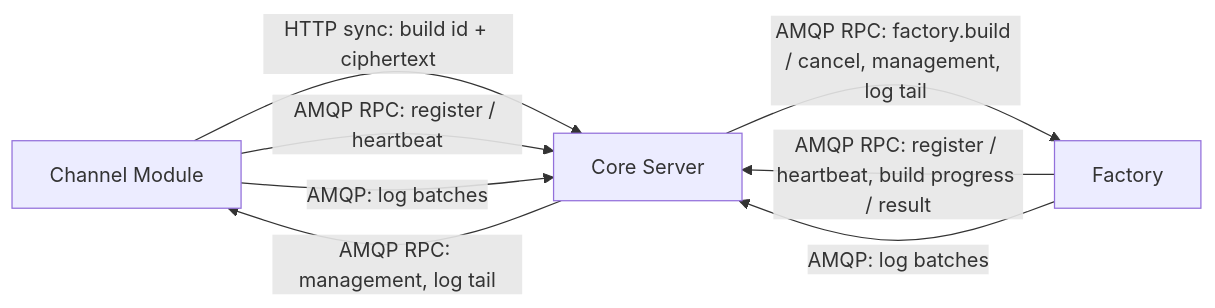
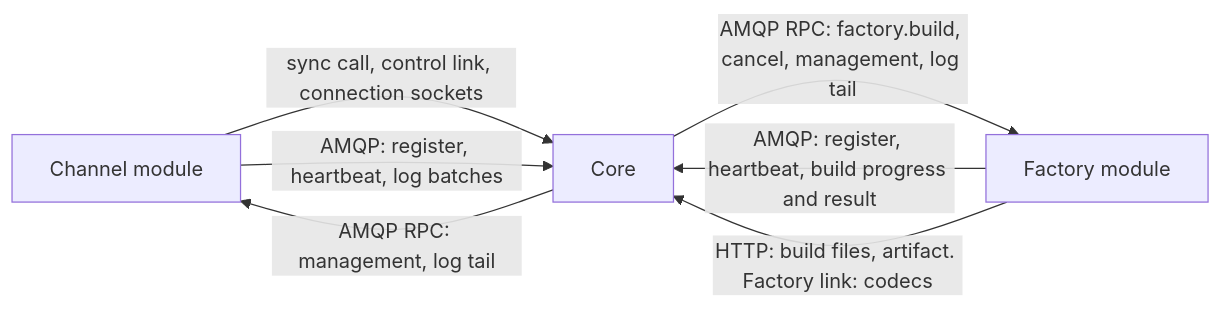
Before and after one commit to LogosCore/logos-docs: the diagram in src/content/docs/contracts/overview.md, drawn with Mermaid. The commit also changed other lines of this file and 43 other files, not shown here.

````diff
--- a/src/content/docs/contracts/overview.md
+++ b/src/content/docs/contracts/overview.md
@@ -53,14 +54,13 @@
 ```mermaid
 graph LR
-    CH[Channel Module]
-    CS[Core Server]
-    IP[Factory]
+    CH[Channel module]
+    CS[Core]
+    FA[Factory module]
 
-    CH -- "HTTP sync: build id + ciphertext" --> CS
-    CH -- "AMQP RPC: register / heartbeat" --> CS
+    CH -- "sync call, control link, connection sockets" --> CS
+    CH -- "AMQP: register, heartbeat, log batches" --> CS
     CS -- "AMQP RPC: management, log tail" --> CH
-    CH -- "AMQP: log batches" --> CS
-    IP -- "AMQP RPC: register / heartbeat, build progress / result" --> CS
-    CS -- "AMQP RPC: factory.build / cancel, management, log tail" --> IP
-    IP -- "AMQP: log batches" --> CS
+    FA -- "AMQP: register, heartbeat, build progress and result" --> CS
+    CS -- "AMQP RPC: factory.build, cancel, management, log tail" --> FA
+    FA -- "HTTP: build files, artifact. Factory link: codecs" --> CS
 ```
````
